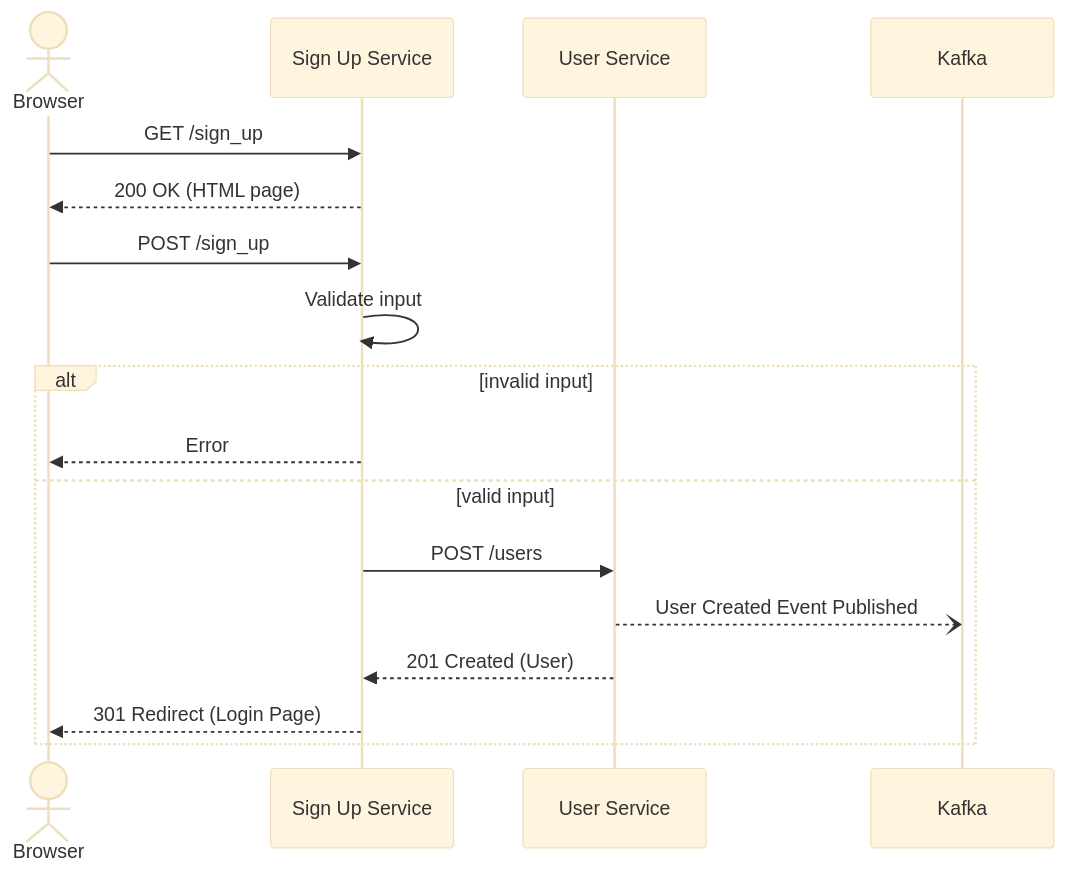
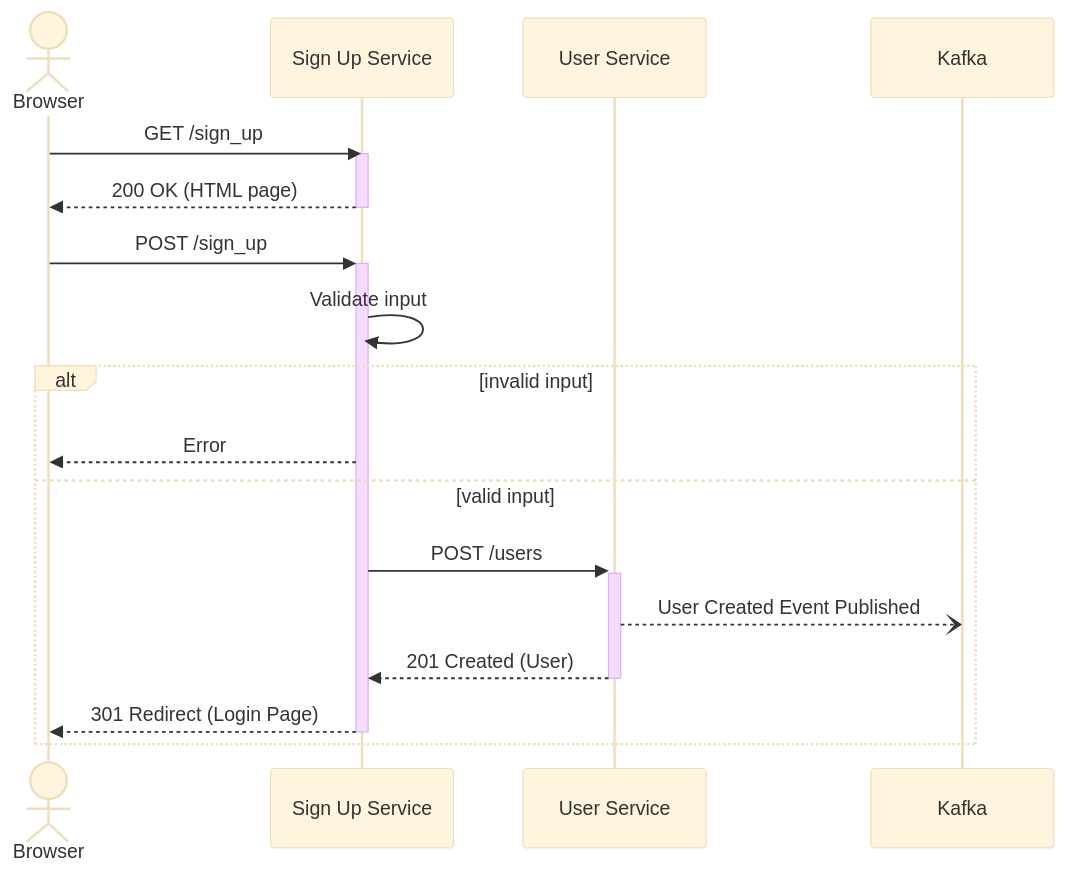
The fourth of 4 diagrams in mermaid_diagrams.md (rawandrew/diagramming), drawn with Mermaid (base theme) before and after one commit. The commit also changed other lines of this file, not shown here.

Commit message:
Add activations to the user flow.

````diff
--- a/mermaid_diagrams.md
+++ b/mermaid_diagrams.md
@@ -83,22 +84,24 @@
 ```mermaid
 sequenceDiagram
     actor Browser
     participant Sign Up Service
     participant User Service
     participant Kafka
     
     Browser ->> Sign Up Service: GET /sign_up
+    activate Sign Up Service
     Sign Up Service -->> Browser: 200 OK (HTML page)
+    deactivate Sign Up Service
     
-    Browser ->> Sign Up Service: POST /sign_up
+    Browser ->>+ Sign Up Service: POST /sign_up
     Sign Up Service ->> Sign Up Service: Validate input
     
     alt invalid input
         Sign Up Service -->> Browser: Error
     else valid input
-        Sign Up Service ->> User Service: POST /users
+        Sign Up Service ->>+ User Service: POST /users
         User Service --) Kafka: User Created Event Published
-        User Service -->> Sign Up Service: 201 Created (User)
-        Sign Up Service -->> Browser: 301 Redirect (Login Page)
+        User Service -->>- Sign Up Service: 201 Created (User)
+        Sign Up Service -->>- Browser: 301 Redirect (Login Page)
     end
 ```
````
